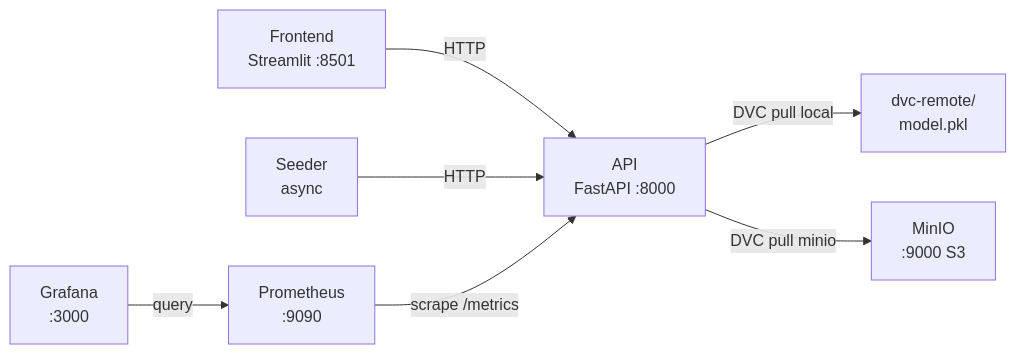
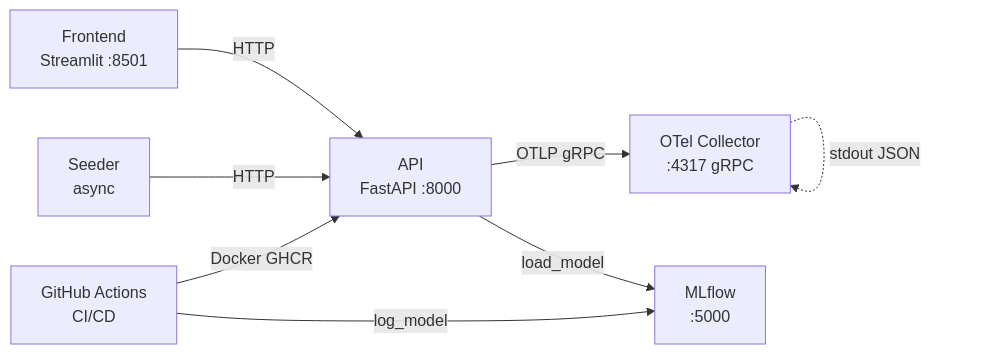
The diagram in README.md (VSXR/PipelineModeling), drawn with Mermaid before and after one commit. The commit also changed other lines of this file and 45 other files, not shown here.

Commit message:
Pipeline actualizado para mayor rendimiento, falta Graphana

````diff
--- a/README.md
+++ b/README.md
@@ -48,17 +47,17 @@
 ```mermaid
 graph LR
     FE["Frontend\nStreamlit :8501"]
     SE["Seeder\nasync"]
     API["API\nFastAPI :8000"]
-    PROM["Prometheus\n:9090"]
-    GRAF["Grafana\n:3000"]
-    MINIO["MinIO\n:9000 S3"]
-    DVC["dvc-remote/\nmodel.pkl"]
+    OTEL["OTel Collector\n:4317 gRPC"]
+    MLF["MLflow\n:5000"]
+    GH["GitHub Actions\nCI/CD"]
 
     FE -->|HTTP| API
     SE -->|HTTP| API
-    PROM -->|scrape /metrics| API
-    GRAF -->|query| PROM
-    API -->|DVC pull local| DVC
-    API -->|DVC pull minio| MINIO
+    API -->|OTLP gRPC| OTEL
+    OTEL -.->|stdout JSON| OTEL
+    API -->|load_model| MLF
+    GH -->|log_model| MLF
+    GH -->|Docker GHCR| API
 ```
````
